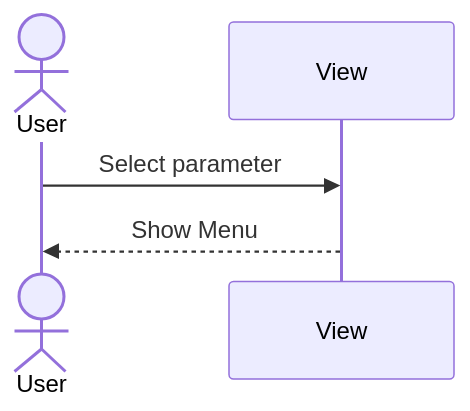
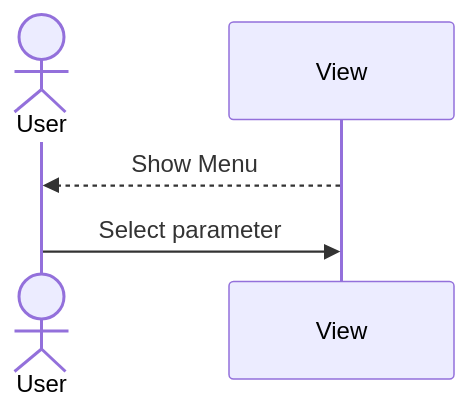
Before and after one commit to mboss7/CesiProgSys: the first of 7 diagrams in Diagrams/DiagSequences/DiagSequenceProjet.md, drawn with Mermaid. The commit also changed other lines of this file, not shown here.

````diff
--- a/Diagrams/DiagSequences/DiagSequenceProjet.md
+++ b/Diagrams/DiagSequences/DiagSequenceProjet.md
@@ -2,6 +2,6 @@
 ```mermaid
 sequenceDiagram
 Actor User
+View -->>User: Show Menu
 User->>View: Select parameter
-View -->>User: Show Menu
 ```
````
